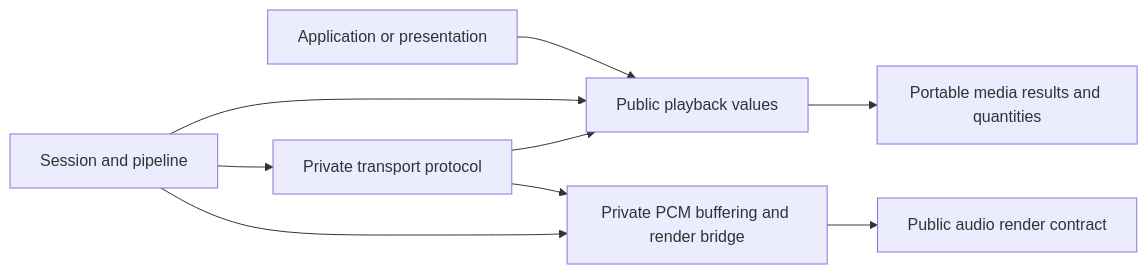
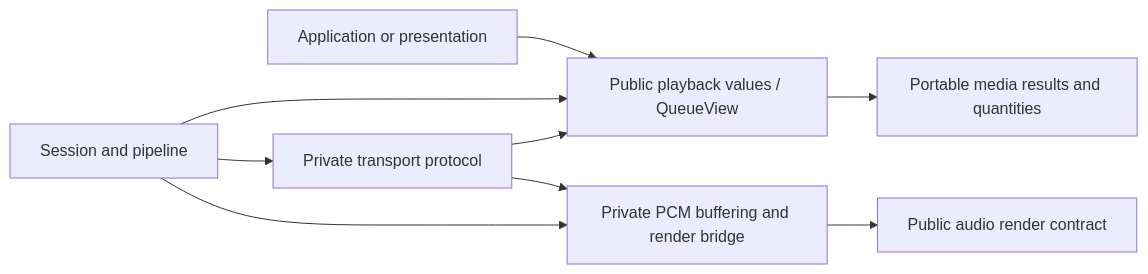
Before and after one commit to Vokerlee/wiola-player: the diagram in src/core/playback/README.md, drawn with Mermaid. The commit also changed other lines of this file and 39 other files, not shown here.

Commit message:
playback: expose live read-only queue observations

````diff
--- a/src/core/playback/README.md
+++ b/src/core/playback/README.md
@@ -5,11 +5,11 @@
 ```mermaid
 flowchart LR
-    Presentation[Application or presentation] --> API[Public playback values]
+    Presentation[Application or presentation] --> API[Public playback values / QueueView]
     Session[Session and pipeline] --> API
     Session --> Transport[Private transport protocol]
     Transport --> API
     Transport --> Buffer
     Session --> Buffer[Private PCM buffering and render bridge]
     Buffer --> Audio[Public audio render contract]
     API --> Media[Portable media results and quantities]
 ```
````
